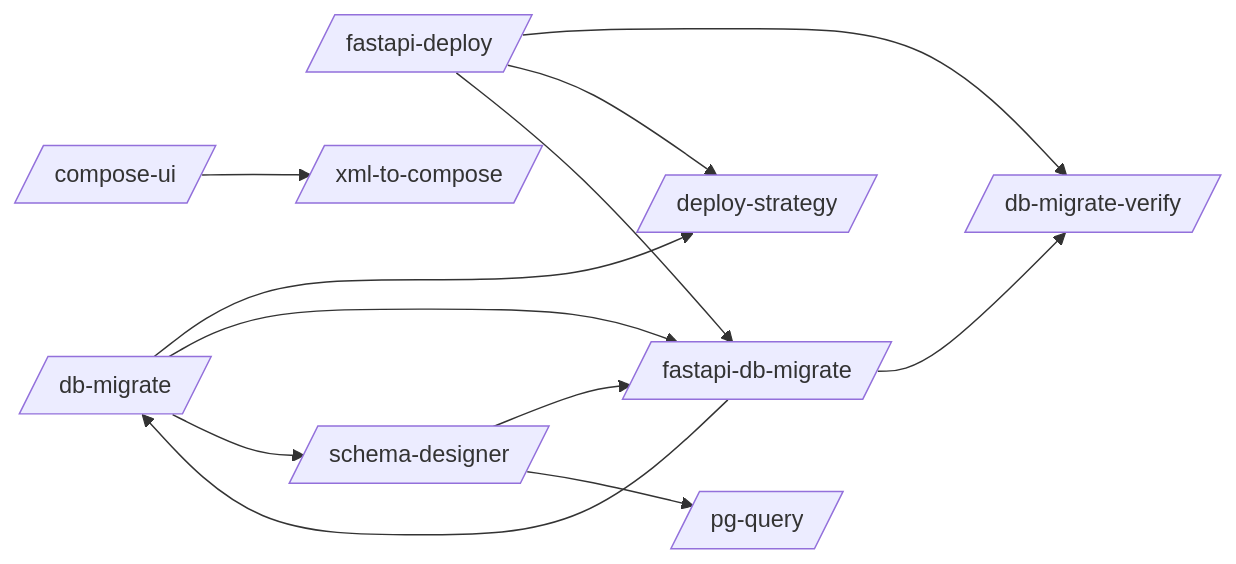
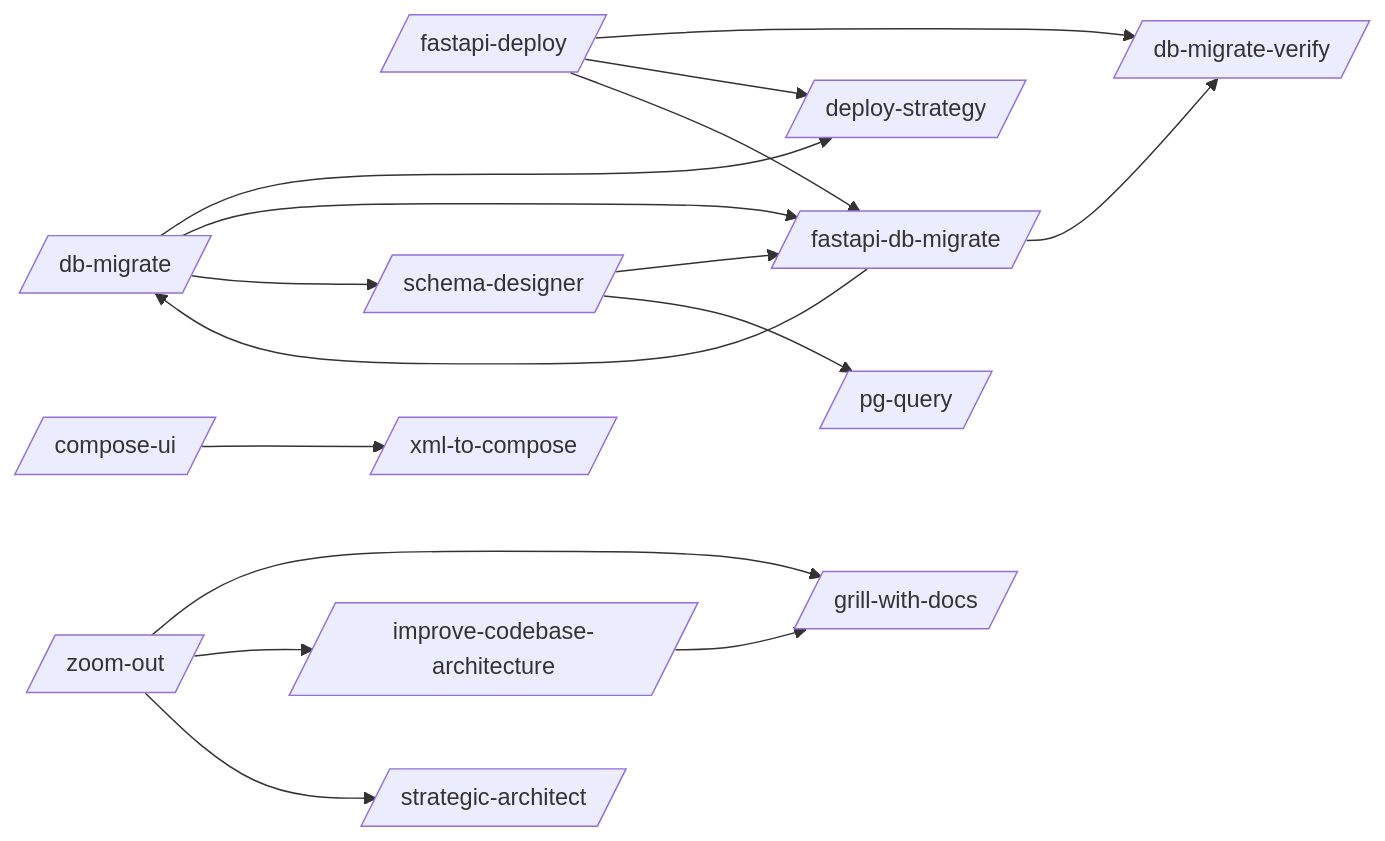
Before and after one commit to abhayla/claude-best-practices: the first of 30 diagrams in docs/workflows/_needs-manual-review.md, drawn with Mermaid. The commit also changed other lines of this file and 13 other files, not shown here.

````diff
--- a/docs/workflows/_needs-manual-review.md
+++ b/docs/workflows/_needs-manual-review.md
@@ -9,23 +9,31 @@
 ```mermaid
 graph LR
     compose_ui[/compose-ui/]
     db_migrate[/db-migrate/]
     db_migrate_verify[/db-migrate-verify/]
     deploy_strategy[/deploy-strategy/]
     fastapi_db_migrate[/fastapi-db-migrate/]
     fastapi_deploy[/fastapi-deploy/]
+    grill_with_docs[/grill-with-docs/]
+    improve_codebase_architecture[/improve-codebase-architecture/]
     pg_query[/pg-query/]
     schema_designer[/schema-designer/]
+    strategic_architect[/strategic-architect/]
     xml_to_compose[/xml-to-compose/]
+    zoom_out[/zoom-out/]
     compose_ui --> xml_to_compose
     db_migrate --> deploy_strategy
     db_migrate --> fastapi_db_migrate
     db_migrate --> schema_designer
     fastapi_db_migrate --> db_migrate
     fastapi_db_migrate --> db_migrate_verify
     fastapi_deploy --> db_migrate_verify
     fastapi_deploy --> deploy_strategy
     fastapi_deploy --> fastapi_db_migrate
+    improve_codebase_architecture --> grill_with_docs
     schema_designer --> fastapi_db_migrate
     schema_designer --> pg_query
+    zoom_out --> grill_with_docs
+    zoom_out --> improve_codebase_architecture
+    zoom_out --> strategic_architect
 ```
````
